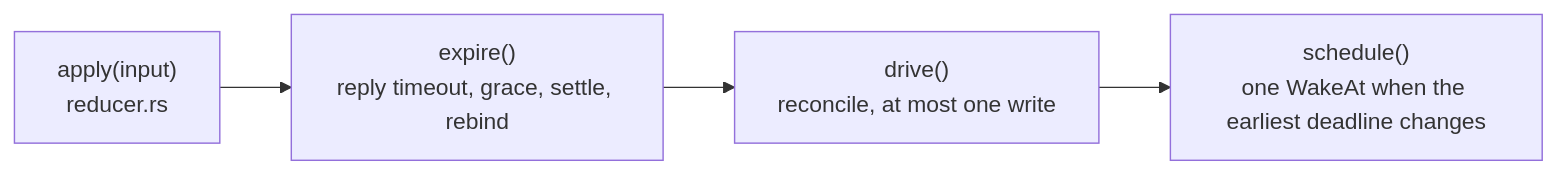
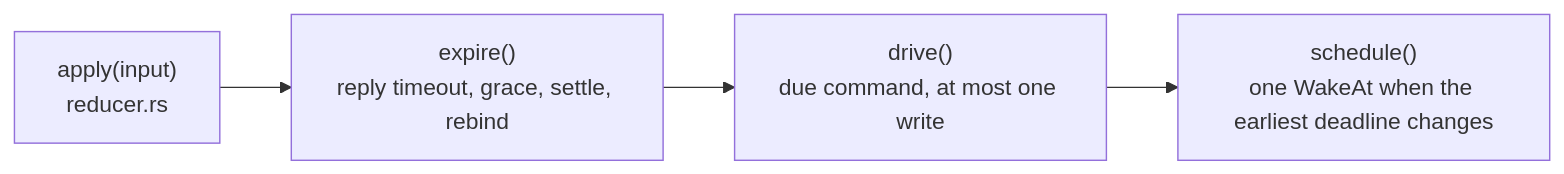
Before and after one commit to marcelogm/arctis-companion: the second of 5 diagrams in docs/architecture/session.md, drawn with Mermaid. The commit also changed other lines of this file and 16 other files, not shown here.

````diff
--- a/docs/architecture/session.md
+++ b/docs/architecture/session.md
@@ -45,6 +47,6 @@
 ```mermaid
 flowchart LR
     A["apply(input)<br/>reducer.rs"] --> E["expire()<br/>reply timeout, grace, settle, rebind"]
-    E --> D["drive()<br/>reconcile, at most one write"]
+    E --> D["drive()<br/>due command, at most one write"]
     D --> S["schedule()<br/>one WakeAt when the earliest deadline changes"]
 ```
````
